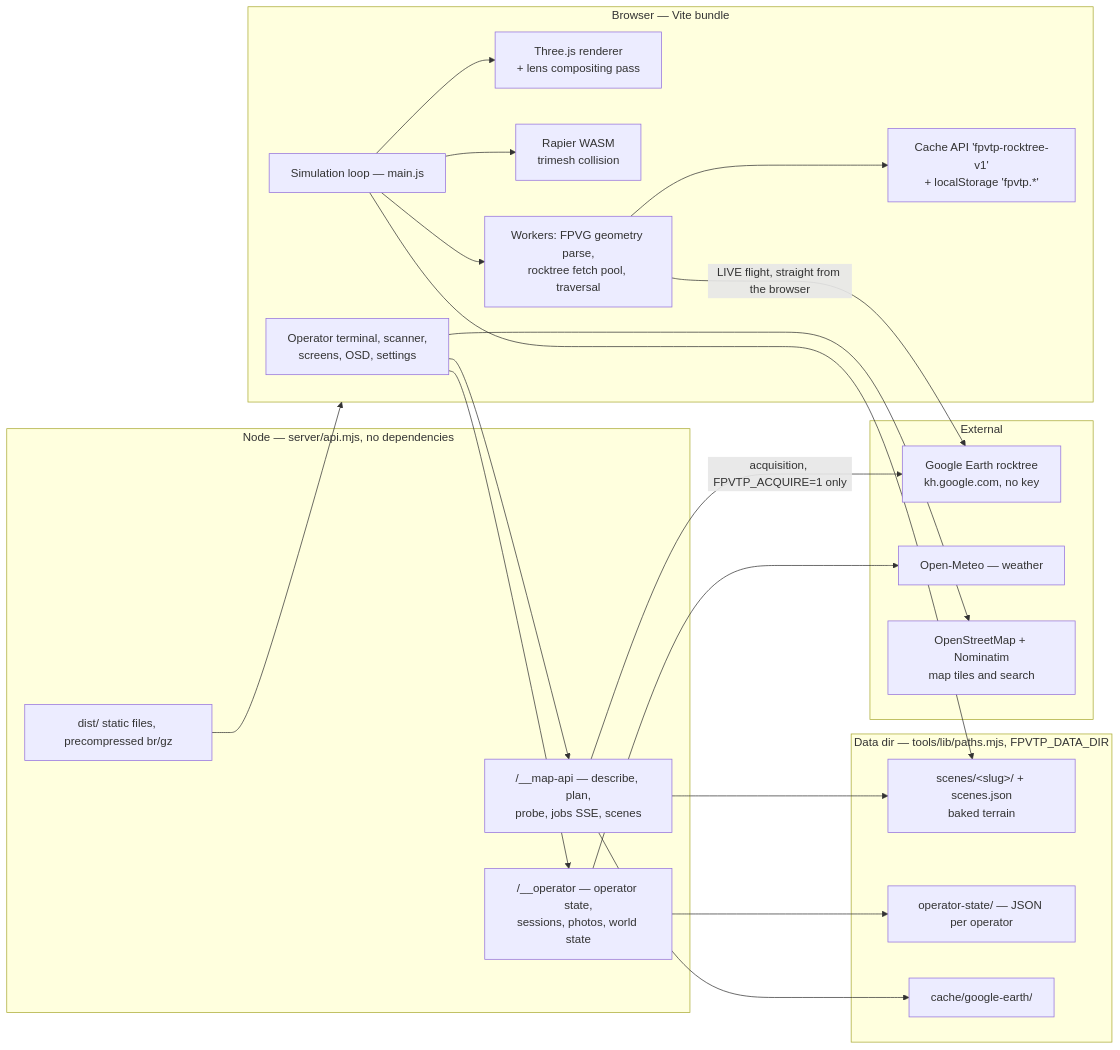
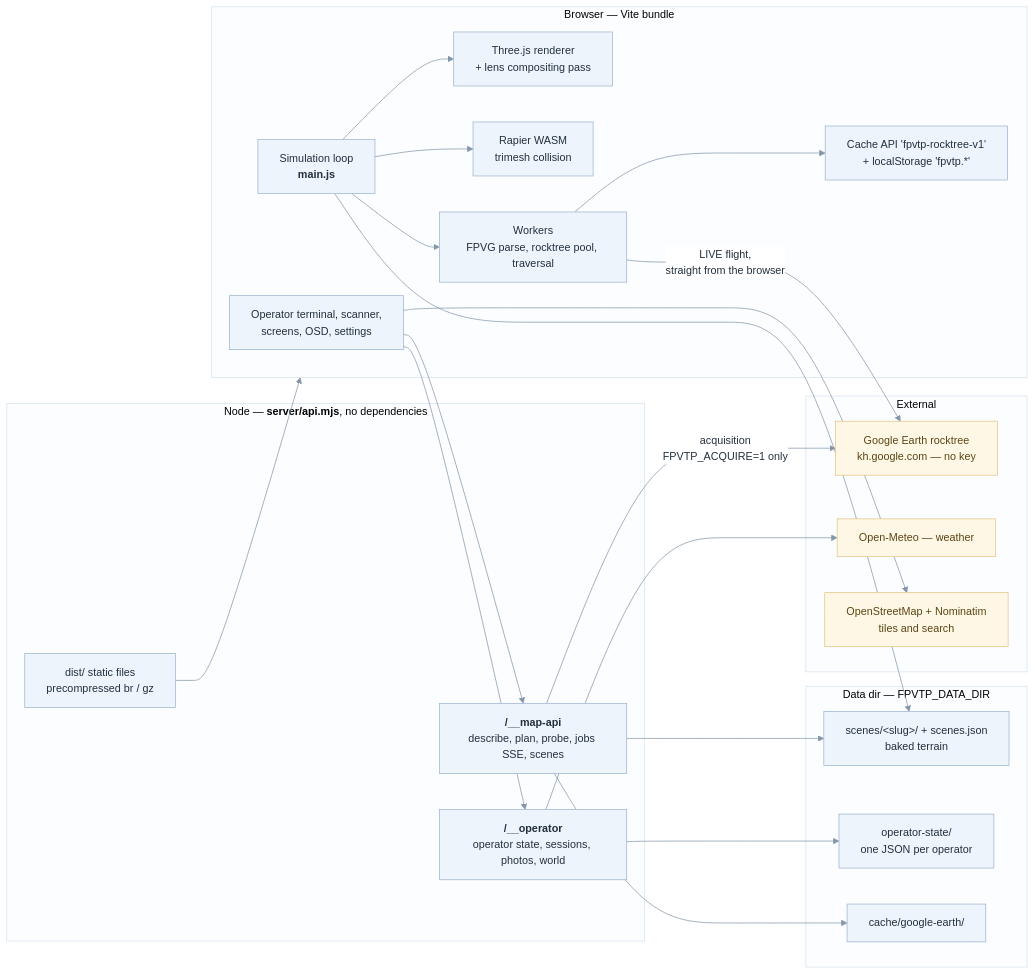
One commit to lionrayonnant/FPVThePlanet changed the second of 5 diagrams in sim/docs/architecture-diagrams.md. Above: the diagram before and after it, drawn with Mermaid. The commit also changed other lines of this file and 5 other files, not shown here.

First line of the commit message:
docs(diagrams): a light palette, and colour that means something (#98)

````diff
--- a/sim/docs/architecture-diagrams.md
+++ b/sim/docs/architecture-diagrams.md
@@ -83,45 +101,55 @@
 ```mermaid
+%%{init: {'theme':'base','themeVariables':{
+  'fontFamily':'ui-sans-serif, system-ui, -apple-system, Segoe UI, sans-serif',
+  'fontSize':'15px',
+  'primaryColor':'#EEF4FC','primaryTextColor':'#22303C','primaryBorderColor':'#9BB3CD',
+  'lineColor':'#8496A8','edgeLabelBackground':'#FFFFFF',
+  'clusterBkg':'#FBFDFF','clusterBorder':'#D6E2EE',
+  'tertiaryColor':'#FFFFFF'}}}%%
 flowchart LR
     subgraph BROWSER["Browser — Vite bundle"]
         UI["Operator terminal, scanner,<br/>screens, OSD, settings"]
-        SIMLOOP["Simulation loop — main.js"]
+        SIMLOOP["Simulation loop<br/><b>main.js</b>"]
         THREE["Three.js renderer<br/>+ lens compositing pass"]
         RAPIER["Rapier WASM<br/>trimesh collision"]
-        WORKERS["Workers: FPVG geometry parse,<br/>rocktree fetch pool, traversal"]
+        WORKERS["Workers<br/>FPVG parse, rocktree pool, traversal"]
         CACHE["Cache API 'fpvtp-rocktree-v1'<br/>+ localStorage 'fpvtp.*'"]
     end
 
-    subgraph SERVER["Node — server/api.mjs, no dependencies"]
-        MAPAPI["/__map-api — describe, plan,<br/>probe, jobs SSE, scenes"]
-        OPAPI["/__operator — operator state,<br/>sessions, photos, world state"]
-        STATIC["dist/ static files, precompressed br/gz"]
+    subgraph SERVER["Node — <b>server/api.mjs</b>, no dependencies"]
+        MAPAPI["<b>/__map-api</b><br/>describe, plan, probe, jobs SSE, scenes"]
+        OPAPI["<b>/__operator</b><br/>operator state, sessions, photos, world"]
+        STATIC["dist/ static files<br/>precompressed br / gz"]
     end
 
-    subgraph DISK["Data dir — tools/lib/paths.mjs, FPVTP_DATA_DIR"]
+    subgraph DISK["Data dir — FPVTP_DATA_DIR"]
         SCENES["scenes/&lt;slug&gt;/ + scenes.json<br/>baked terrain"]
-        OPSTATE["operator-state/ — JSON per operator"]
+        OPSTATE["operator-state/<br/>one JSON per operator"]
         GCACHE["cache/google-earth/"]
     end
 
     subgraph EXT["External"]
-        GE["Google Earth rocktree<br/>kh.google.com, no key"]
+        GE["Google Earth rocktree<br/>kh.google.com — no key"]
         OM["Open-Meteo — weather"]
-        OSM["OpenStreetMap + Nominatim<br/>map tiles and search"]
+        OSM["OpenStreetMap + Nominatim<br/>tiles and search"]
     end
 
     UI --> OPAPI
     UI --> MAPAPI
     UI --> OSM
     SIMLOOP --> THREE
     SIMLOOP --> RAPIER
     SIMLOOP --> WORKERS
     WORKERS --> CACHE
-    WORKERS -- "LIVE flight, straight from the browser" --> GE
-    MAPAPI -- "acquisition, FPVTP_ACQUIRE=1 only" --> GE
+    WORKERS -- "LIVE flight,<br/>straight from the browser" --> GE
+    MAPAPI -- "acquisition<br/>FPVTP_ACQUIRE=1 only" --> GE
     MAPAPI --> SCENES
     OPAPI --> OPSTATE
     OPAPI --> OM
     MAPAPI --> GCACHE
     STATIC --> BROWSER
     SIMLOOP --> SCENES
+
+    classDef ext fill:#FFF7E6,stroke:#E2C583,color:#5A4412
+    class GE,OM,OSM ext
 ```
````
